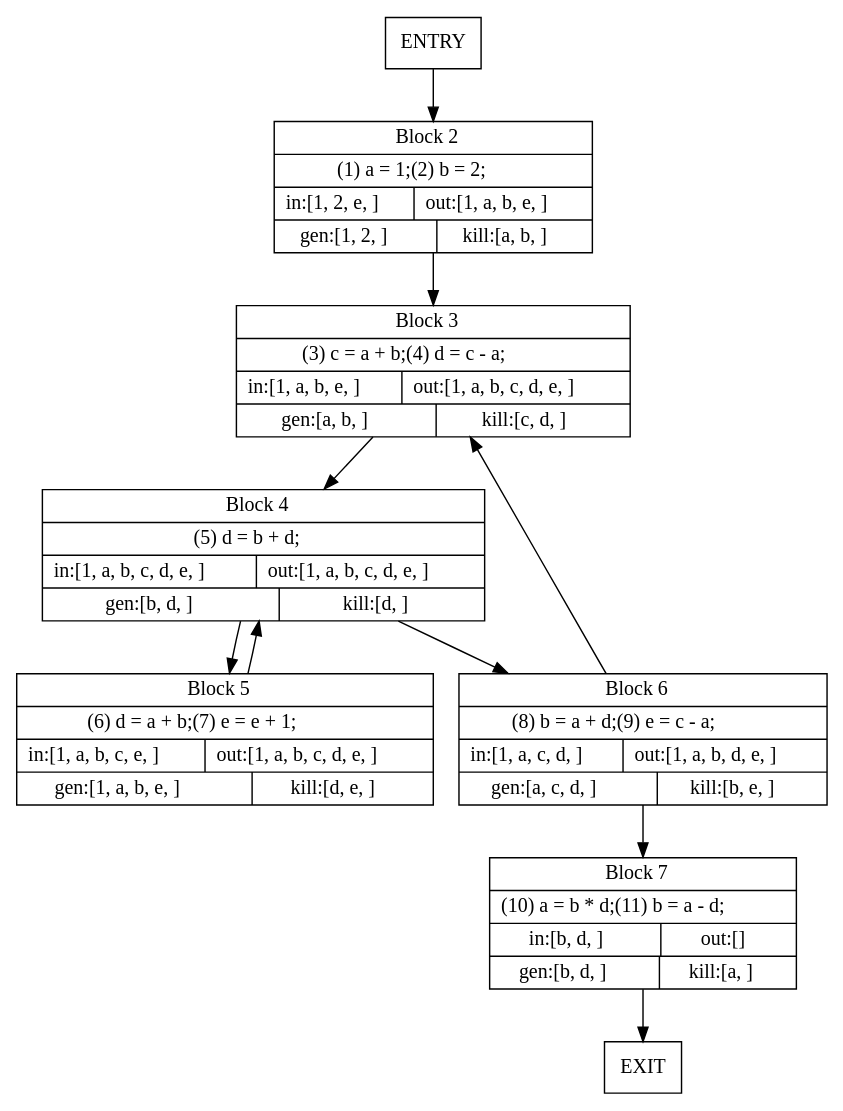
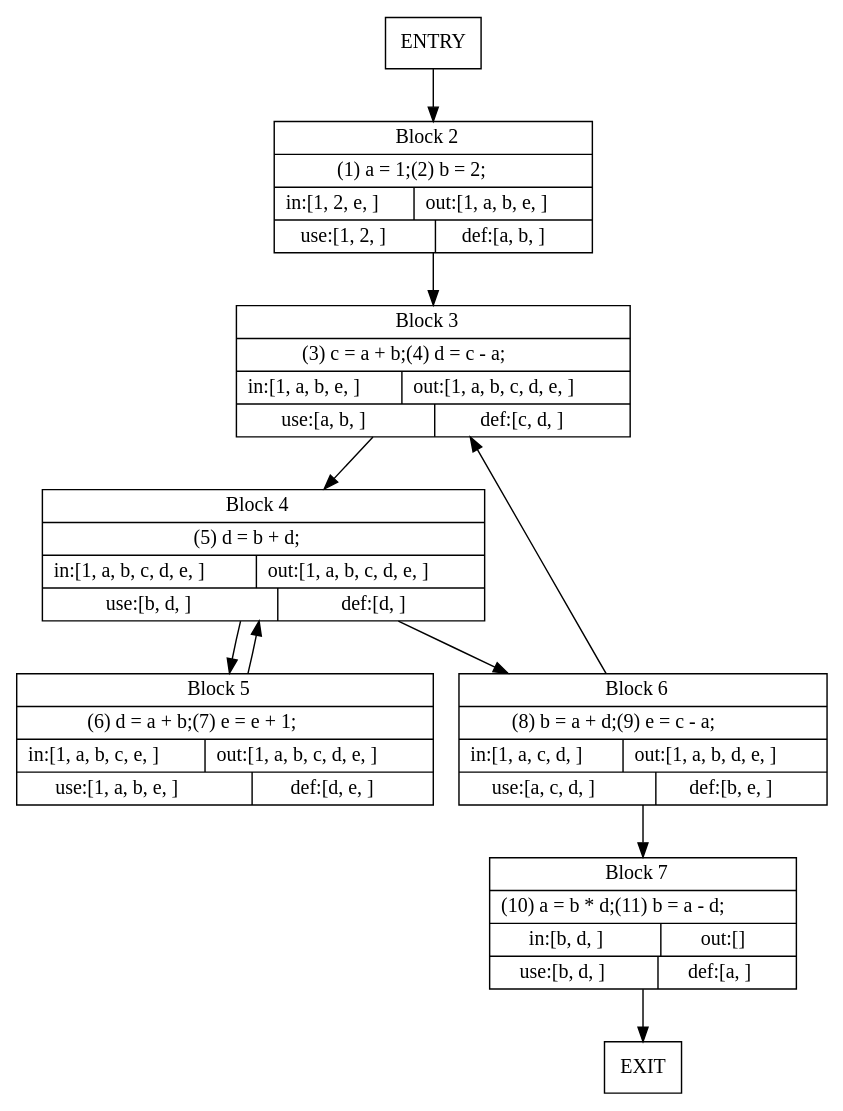
Before and after one commit to 0Marble/dataflow_in_zig: the diagram in lv.dot, drawn with Graphviz. The commit also changed 4 other files, not shown here.

```diff
--- a/lv.dot
+++ b/lv.dot
@@ -1,20 +1,20 @@
 digraph {
 node [shape=record];
 0 [label="ENTRY"];
 1 [label="EXIT"];
-2 [label=<{Block 2|(1) a = 1;(2) b = 2;|{in:[1, 2, e, ]|out:[1, a, b, e, ]}|{gen:[1, 2, ]|kill:[a, b, ]}}>];
-3 [label=<{Block 3|(3) c = a + b;(4) d = c - a;|{in:[1, a, b, e, ]|out:[1, a, b, c, d, e, ]}|{gen:[a, b, ]|kill:[c, d, ]}}>];
-4 [label=<{Block 4|(5) d = b + d;|{in:[1, a, b, c, d, e, ]|out:[1, a, b, c, d, e, ]}|{gen:[b, d, ]|kill:[d, ]}}>];
-5 [label=<{Block 5|(6) d = a + b;(7) e = e + 1;|{in:[1, a, b, c, e, ]|out:[1, a, b, c, d, e, ]}|{gen:[1, a, b, e, ]|kill:[d, e, ]}}>];
-6 [label=<{Block 6|(8) b = a + d;(9) e = c - a;|{in:[1, a, c, d, ]|out:[1, a, b, d, e, ]}|{gen:[a, c, d, ]|kill:[b, e, ]}}>];
-7 [label=<{Block 7|(10) a = b * d;(11) b = a - d;|{in:[b, d, ]|out:[]}|{gen:[b, d, ]|kill:[a, ]}}>];
+2 [label=<{Block 2|(1) a = 1;(2) b = 2;|{in:[1, 2, e, ]|out:[1, a, b, e, ]}|{use:[1, 2, ]|def:[a, b, ]}}>];
+3 [label=<{Block 3|(3) c = a + b;(4) d = c - a;|{in:[1, a, b, e, ]|out:[1, a, b, c, d, e, ]}|{use:[a, b, ]|def:[c, d, ]}}>];
+4 [label=<{Block 4|(5) d = b + d;|{in:[1, a, b, c, d, e, ]|out:[1, a, b, c, d, e, ]}|{use:[b, d, ]|def:[d, ]}}>];
+5 [label=<{Block 5|(6) d = a + b;(7) e = e + 1;|{in:[1, a, b, c, e, ]|out:[1, a, b, c, d, e, ]}|{use:[1, a, b, e, ]|def:[d, e, ]}}>];
+6 [label=<{Block 6|(8) b = a + d;(9) e = c - a;|{in:[1, a, c, d, ]|out:[1, a, b, d, e, ]}|{use:[a, c, d, ]|def:[b, e, ]}}>];
+7 [label=<{Block 7|(10) a = b * d;(11) b = a - d;|{in:[b, d, ]|out:[]}|{use:[b, d, ]|def:[a, ]}}>];
 0 -> 2;
 2 -> 3;
 3 -> 4;
 4 -> 5;
 4 -> 6;
 5 -> 4;
 6 -> 3;
 6 -> 7;
 7 -> 1;
 }
```
